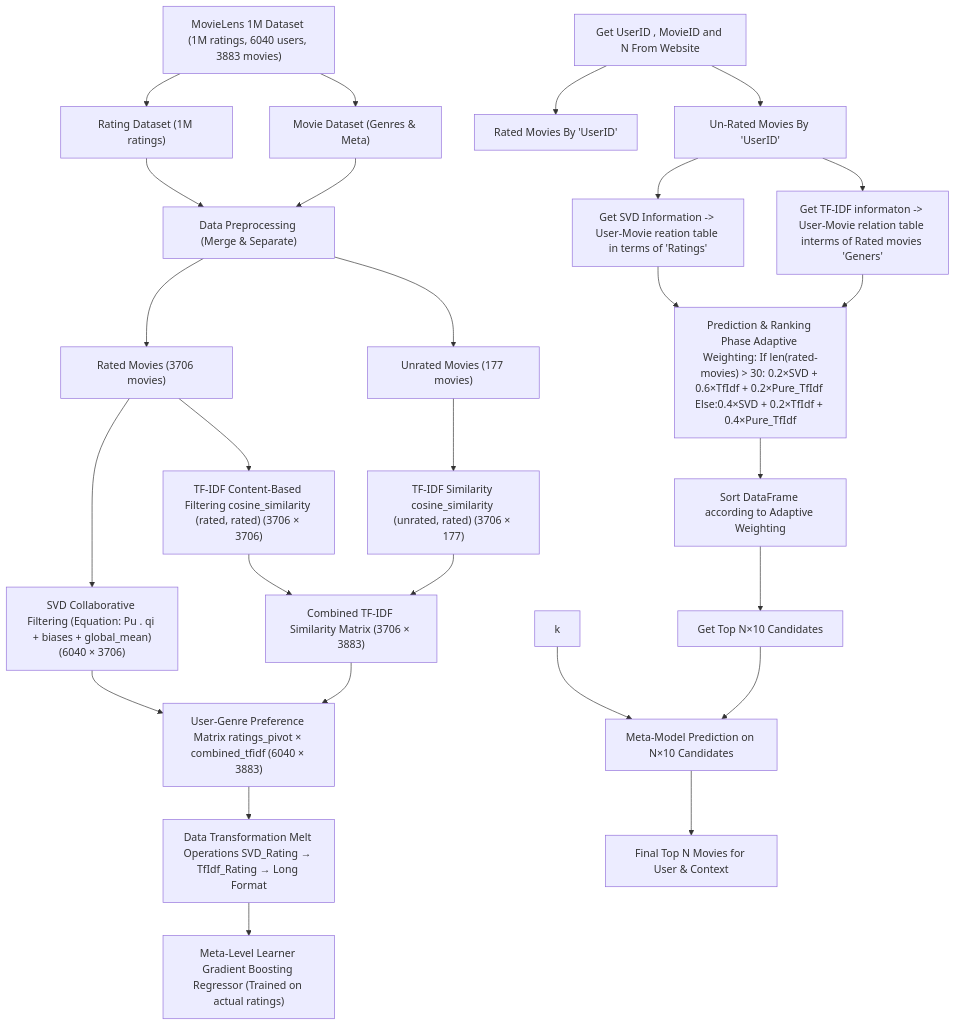
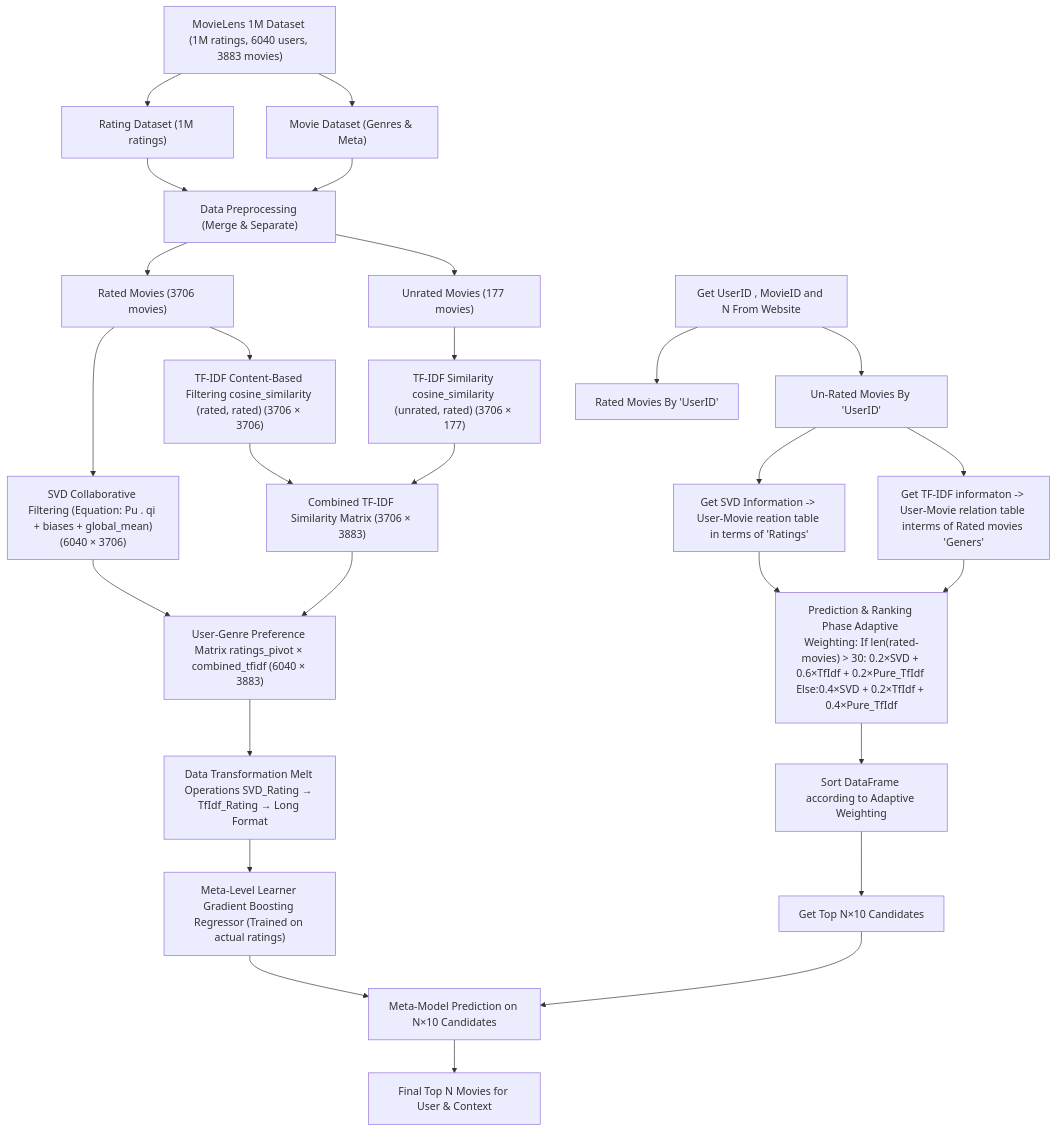
The diagram in README.md (NiazMahmud2001/MetaLevel-HybridMovie-Recommender), drawn with Mermaid before and after one commit.

````diff
--- a/README.md
+++ b/README.md
@@ -83,36 +83,36 @@
 ```mermaid
 graph TD
     A["MovieLens 1M Dataset (1M ratings, 6040 users, 3883 movies)"]
     A --> B["Rating Dataset (1M ratings)"]
     A --> C["Movie Dataset (Genres & Meta)"]
     B --> D["Data Preprocessing (Merge & Separate)"]
     C --> D
     D --> E["Rated Movies (3706 movies)"]
     D --> F["Unrated Movies (177 movies)"]
 
     E --> G1["SVD Collaborative Filtering (Equation: Pu . qi + biases + global_mean)(6040 × 3706)"]
     E --> G2["TF-IDF Content-Based Filtering cosine_similarity (rated, rated) (3706 × 3706)"]
     F --> G3["TF-IDF Similarity cosine_similarity (unrated, rated) (3706 × 177)"]
 
     G2 --> H["Combined TF-IDF Similarity Matrix (3706 × 3883)"]
     G3 --> H
     G1 --> I
     H --> I["User-Genre Preference Matrix ratings_pivot × combined_tfidf (6040 × 3883)"]
     I --> J["Data Transformation Melt Operations SVD_Rating → TfIdf_Rating → Long Format"]
     J --> K["Meta-Level Learner Gradient Boosting Regressor (Trained on actual ratings)"]
-    k --> T
 
     L["Get UserID , MovieID and N From Website"]
     L --> M["Rated Movies By 'UserID'"]
     L --> N["Un-Rated Movies By 'UserID'"]
     N --> O["Get SVD Information -> User-Movie reation table in terms of 'Ratings' "]
     N --> P["Get TF-IDF informaton -> User-Movie relation table interms of Rated movies 'Geners' "]
 
     Q["Prediction & Ranking Phase Adaptive Weighting: If len(rated-movies) > 30: 0.2×SVD + 0.6×TfIdf + 0.2×Pure_TfIdf Else:0.4×SVD + 0.2×TfIdf + 0.4×Pure_TfIdf"]
     O --> Q
     P --> Q
     Q --> R["Sort DataFrame according to Adaptive Weighting"]
     R --> S["Get Top N×10 Candidates"]
     S --> T["Meta-Model Prediction on N×10 Candidates"]
+    K --> T
     T --> U["Final Top N Movies for User & Context"]
 ```
````
